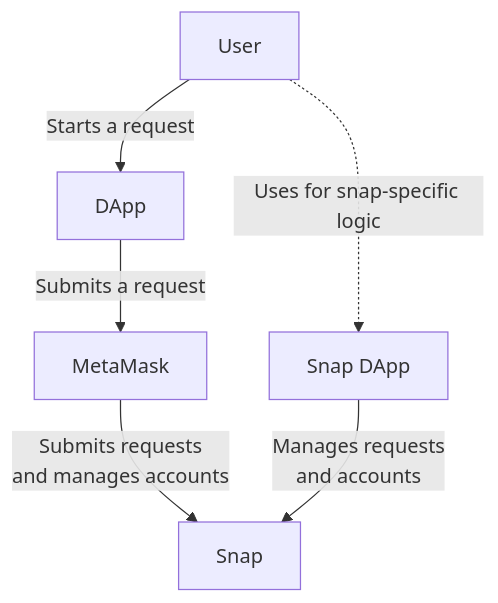
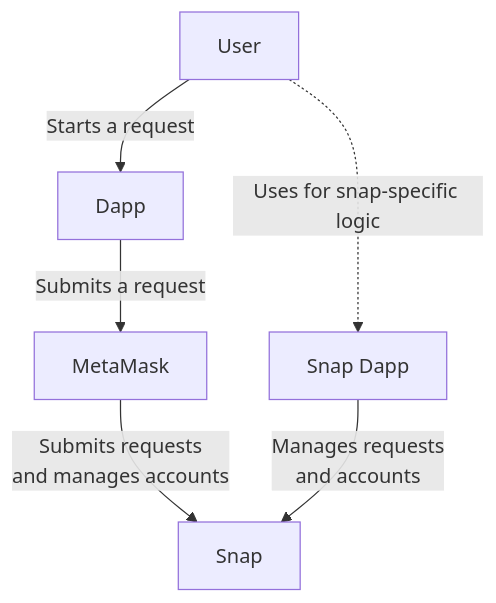
The first of 4 diagrams in docs/architecture.md (MetaMask/keyring-api), drawn with Mermaid before and after one commit. The commit also changed other lines of this file and 3 other files, not shown here.

````diff
--- a/docs/architecture.md
+++ b/docs/architecture.md
@@ -26,8 +26,8 @@
 ```mermaid
 graph TD
-  User -->|Starts a request| DApp
-  DApp -->|Submits a request| MetaMask
+  User -->|Starts a request| Dapp
+  Dapp -->|Submits a request| MetaMask
   MetaMask -->|Submits requests<br/>and manages accounts| Snap
-  Site[Snap DApp] -->|Manages requests<br/>and accounts| Snap
+  Site[Snap Dapp] -->|Manages requests<br/>and accounts| Snap
   User -.->|Uses for snap-specific logic| Site
 ```
````
